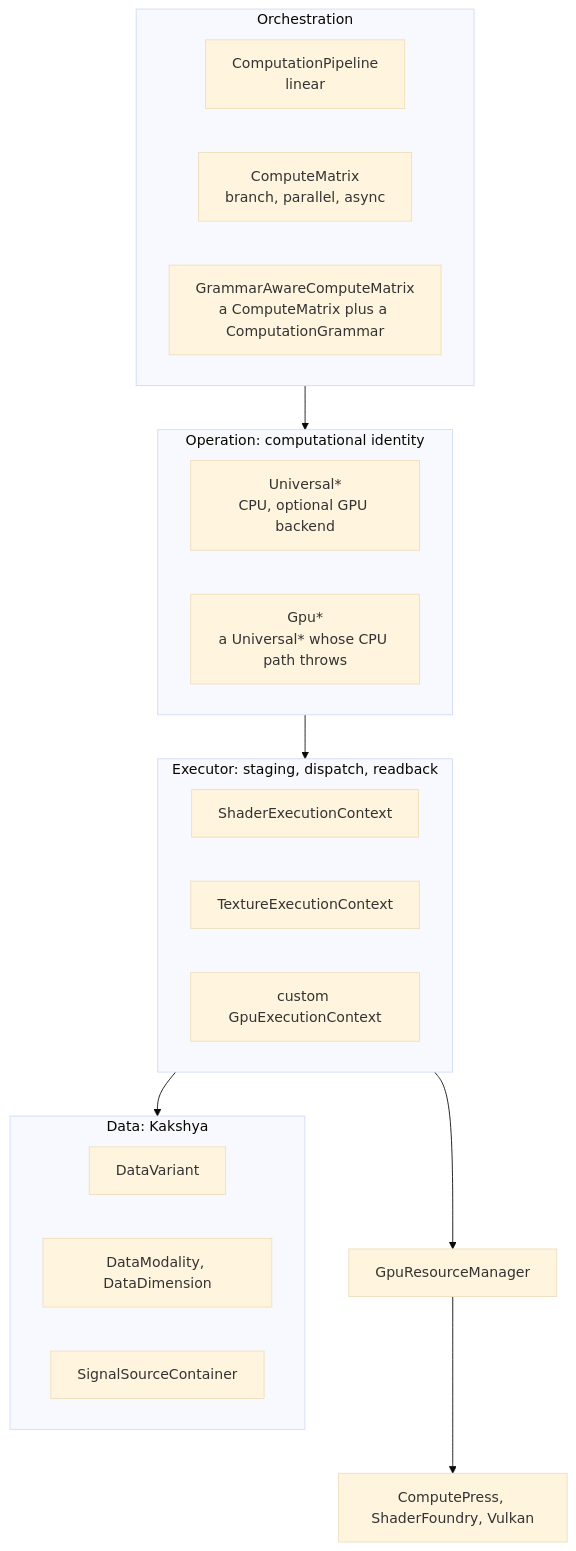
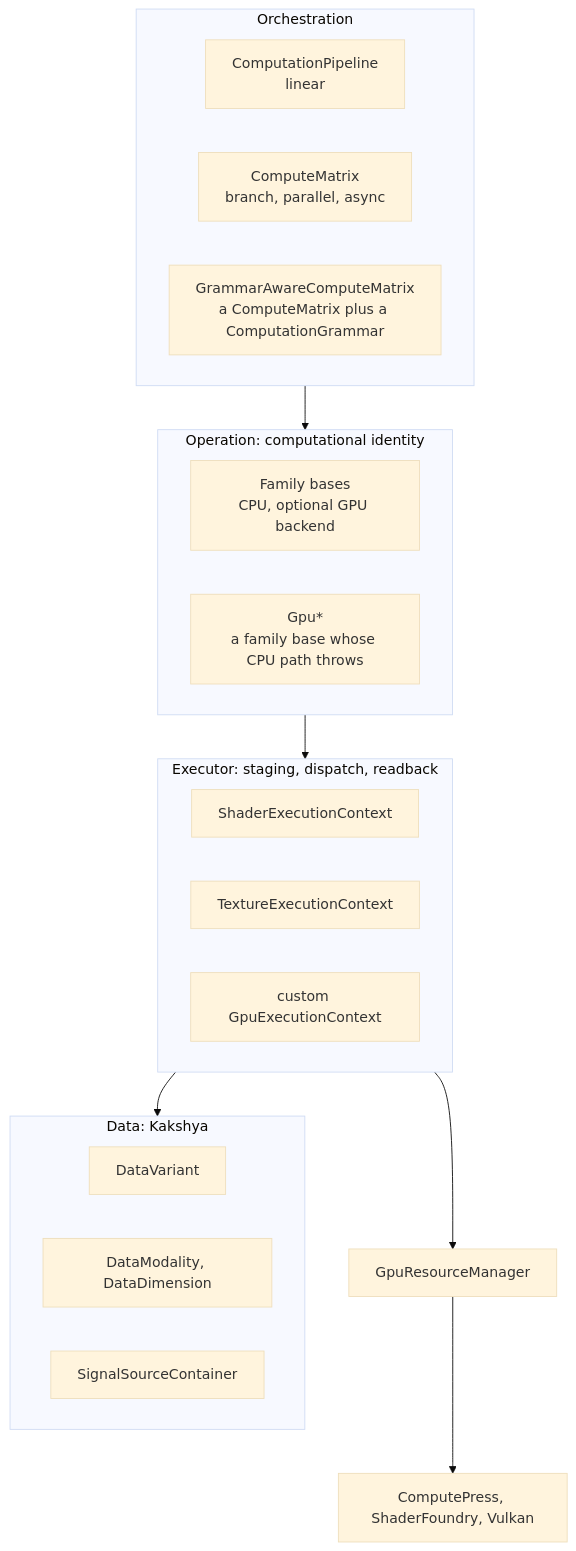
The first of 15 diagrams in docs/GPGPU-Guide.md (MayaFlux/MayaFlux), drawn with Mermaid (base theme) before and after one commit. The commit also changed other lines of this file and 26 other files, not shown here.

First line of the commit message:
refactor(yantra): drop the Universal prefix from the operation bases

````diff
--- a/docs/GPGPU-Guide.md
+++ b/docs/GPGPU-Guide.md
@@ -9,28 +9,28 @@
 ```mermaid
 flowchart TB
     subgraph ORCH["Orchestration"]
         direction LR
         CP["ComputationPipeline<br/>linear"]
         CM["ComputeMatrix<br/>branch, parallel, async"]
         GM["GrammarAwareComputeMatrix<br/>a ComputeMatrix plus a ComputationGrammar"]
     end
     subgraph OPS["Operation: computational identity"]
         direction LR
-        U["Universal*<br/>CPU, optional GPU backend"]
-        G["Gpu*<br/>a Universal* whose CPU path throws"]
+        U["Family bases<br/>CPU, optional GPU backend"]
+        G["Gpu*<br/>a family base whose CPU path throws"]
     end
     subgraph EXEC["Executor: staging, dispatch, readback"]
         direction LR
         SEC["ShaderExecutionContext"]
         TEC["TextureExecutionContext"]
         CUS["custom GpuExecutionContext"]
     end
     subgraph DATA["Data: Kakshya"]
         direction LR
         DV["DataVariant"]
         DM["DataModality, DataDimension"]
         SSC["SignalSourceContainer"]
     end
     ORCH --> OPS --> EXEC --> DATA
     EXEC --> RM["GpuResourceManager"] --> VK["ComputePress, ShaderFoundry, Vulkan"]
 ```
````
